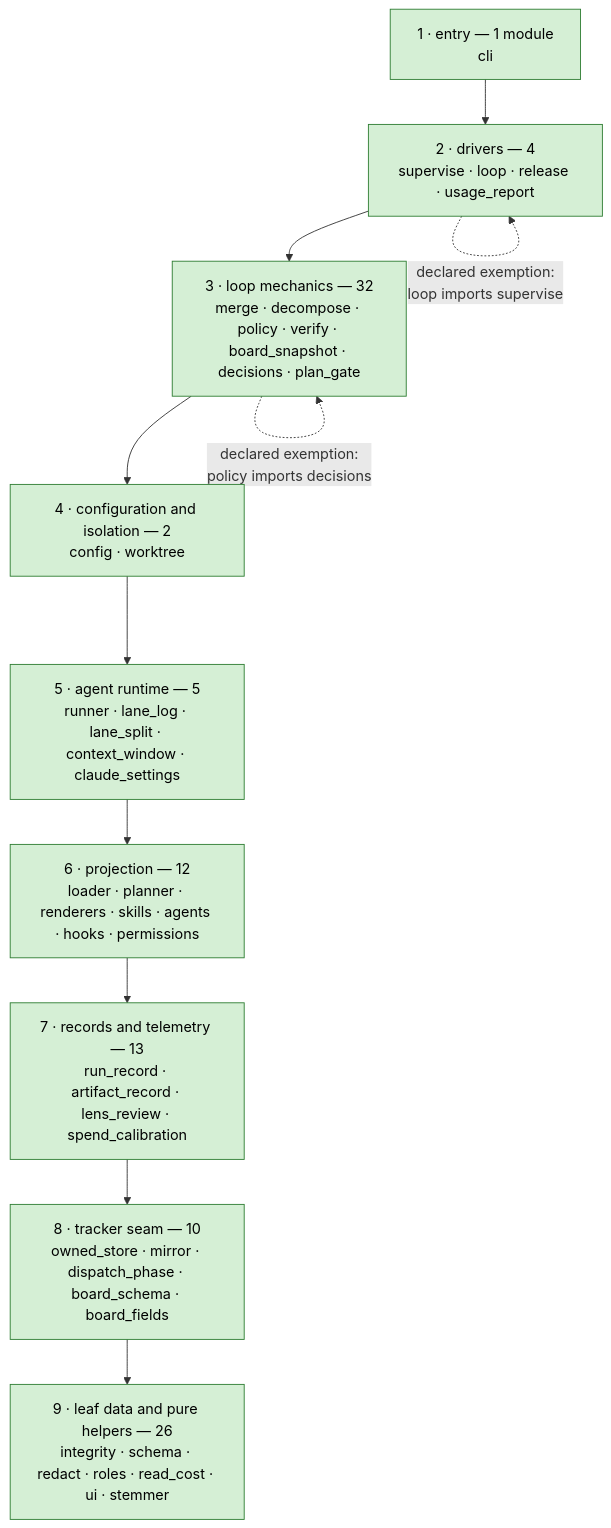
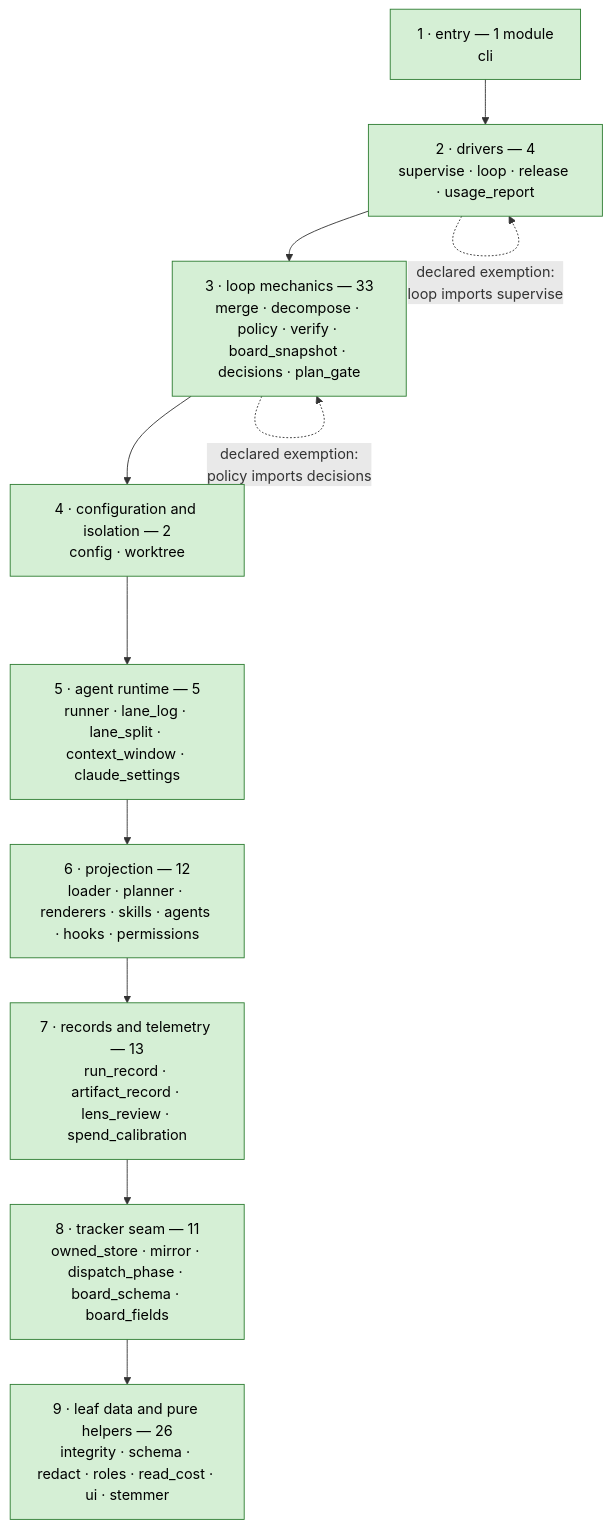
One commit to niksavis/basicly changed diagram 14 of 16 in docs/architecture/architecture.md. Above: the diagram before and after it, drawn with Mermaid. The commit also changed other lines of this file and 12 other files, not shown here.

````diff
--- a/docs/architecture/architecture.md
+++ b/docs/architecture/architecture.md
@@ -3295,19 +3295,19 @@
 ```mermaid
 flowchart TB
   b1["1 · entry — 1 module<br/>cli"]
   b2["2 · drivers — 4<br/>supervise · loop · release · usage_report"]
-  b3["3 · loop mechanics — 32<br/>merge · decompose · policy · verify · board_snapshot · decisions · plan_gate"]
+  b3["3 · loop mechanics — 33<br/>merge · decompose · policy · verify · board_snapshot · decisions · plan_gate"]
   b4["4 · configuration and isolation — 2<br/>config · worktree"]
   b5["5 · agent runtime — 5<br/>runner · lane_log · lane_split · context_window · claude_settings"]
   b6["6 · projection — 12<br/>loader · planner · renderers · skills · agents · hooks · permissions"]
   b7["7 · records and telemetry — 13<br/>run_record · artifact_record · lens_review · spend_calibration"]
-  b8["8 · tracker seam — 10<br/>owned_store · mirror · dispatch_phase · board_schema · board_fields"]
+  b8["8 · tracker seam — 11<br/>owned_store · mirror · dispatch_phase · board_schema · board_fields"]
   b9["9 · leaf data and pure helpers — 26<br/>integrity · schema · redact · roles · read_cost · ui · stemmer"]
 
   b1 --> b2 --> b3 --> b4 --> b5 --> b6 --> b7 --> b8 --> b9
   b2 -.->|"declared exemption:<br/>loop imports supervise"| b2
   b3 -.->|"declared exemption:<br/>policy imports decisions"| b3
 
   classDef shipped fill:#d5efd5,stroke:#2e7d32,color:#000
   class b1,b2,b3,b4,b5,b6,b7,b8,b9 shipped
 ```
````
